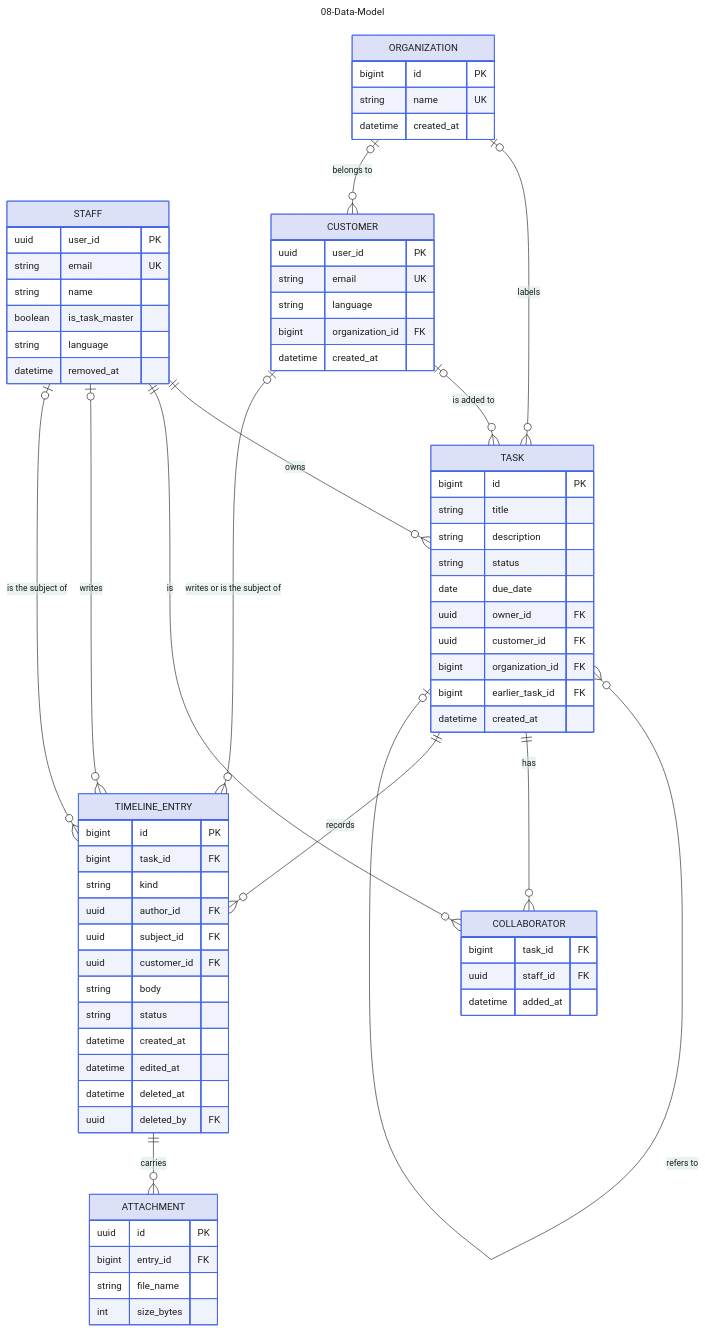
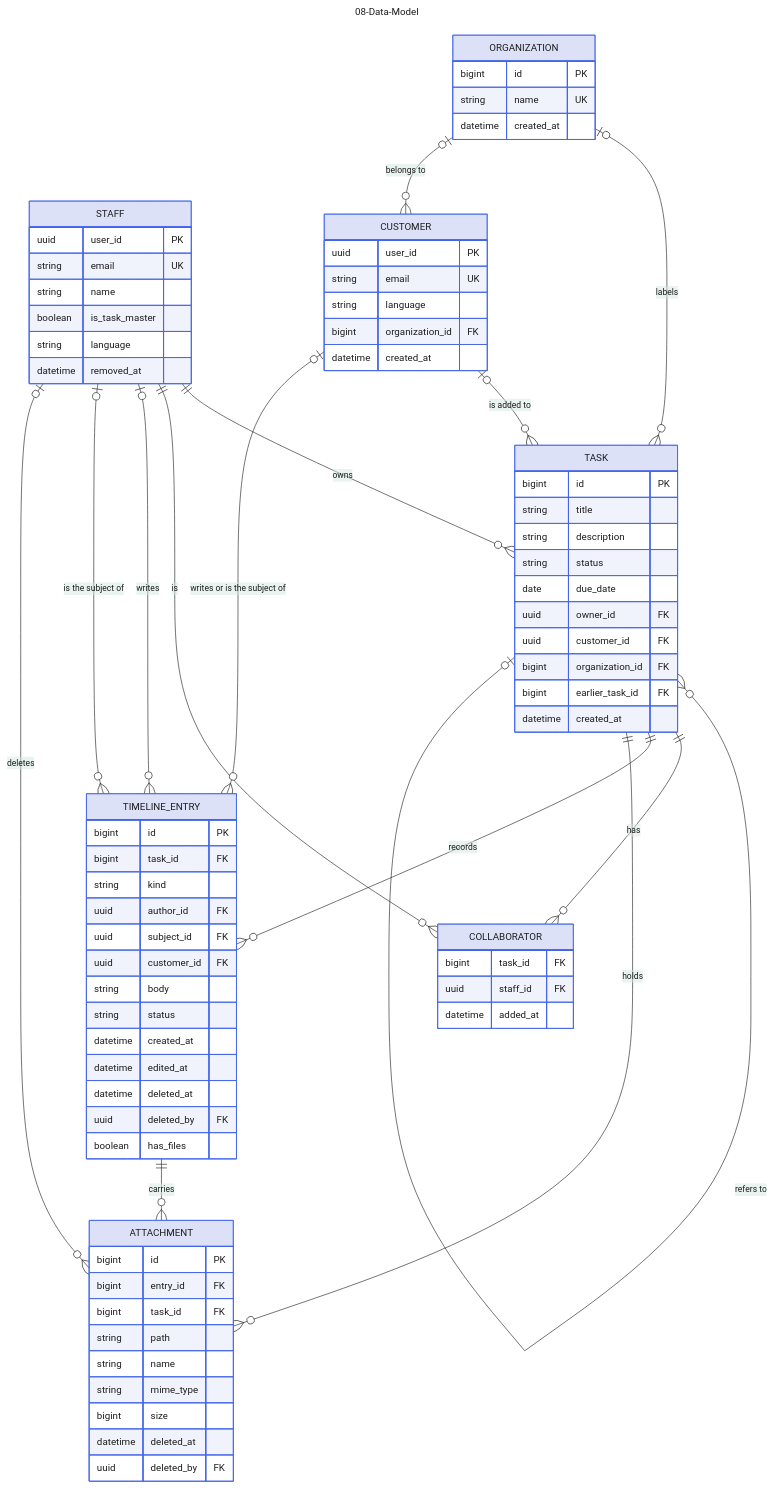
One commit to jedt3d/tasuku changed the diagram in docs/diagram/08-Data-Model.md. Above: the diagram before and after it, drawn with Mermaid. The commit also changed other lines of this file and 3 other files, not shown here.

First line of the commit message:
docs: sync the diagrams with attachments (#9)

````diff
--- a/docs/diagram/08-Data-Model.md
+++ b/docs/diagram/08-Data-Model.md
@@ -127,12 +127,18 @@
     datetime edited_at
     datetime deleted_at
     uuid deleted_by FK
+    boolean has_files
   }
   ATTACHMENT {
-    uuid id PK
+    bigint id PK
     bigint entry_id FK
-    string file_name
-    int size_bytes
+    bigint task_id FK
+    string path
+    string name
+    string mime_type
+    bigint size
+    datetime deleted_at
+    uuid deleted_by FK
   }
   STAFF ||--o{ TASK : owns
   CUSTOMER |o--o{ TASK : "is added to"
@@ -146,4 +152,6 @@
   STAFF |o--o{ TIMELINE_ENTRY : "is the subject of"
   CUSTOMER |o--o{ TIMELINE_ENTRY : "writes or is the subject of"
   TIMELINE_ENTRY ||--o{ ATTACHMENT : carries
+  TASK ||--o{ ATTACHMENT : holds
+  STAFF |o--o{ ATTACHMENT : deletes
 ```
````
